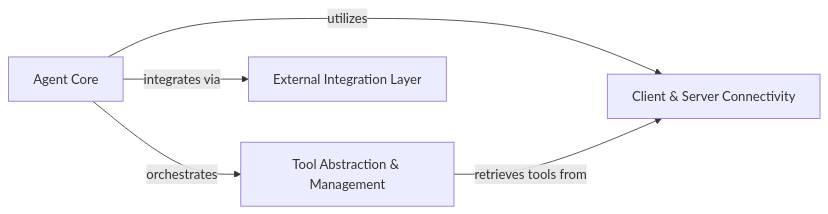
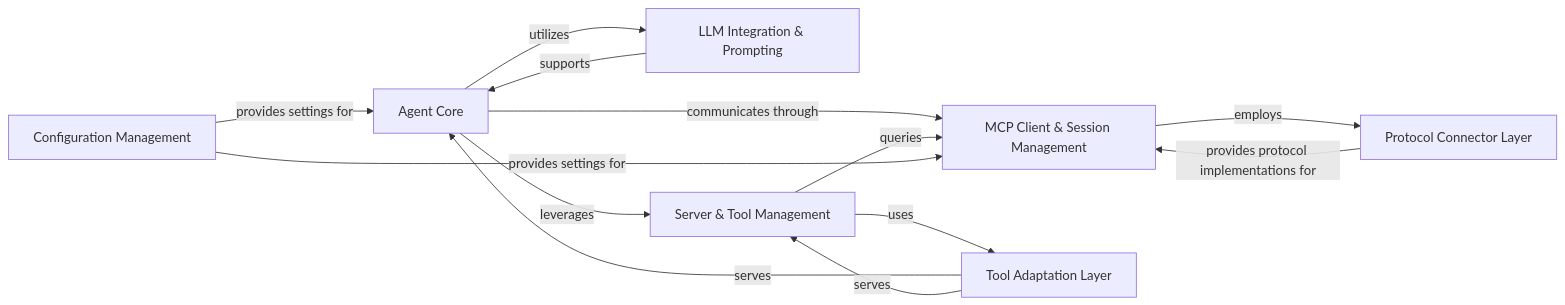
Before and after one commit to mcp-use/mcp-use: the diagram in .codeboarding/on_boarding.mdx, drawn with Mermaid. The commit also changed other lines of this file and 19 other files, not shown here.

First line of the commit message:
docs: update codeboarding documentation and generate architecture

````diff
--- a/.codeboarding/on_boarding.mdx
+++ b/.codeboarding/on_boarding.mdx
@@ -8,14 +8,28 @@
 ```mermaid
 graph LR
     Agent_Core["Agent Core"]
-    Client_Server_Connectivity["Client & Server Connectivity"]
-    Tool_Abstraction_Management["Tool Abstraction & Management"]
-    External_Integration_Layer["External Integration Layer"]
-    Agent_Core -- "utilizes" --> Client_Server_Connectivity
-    Agent_Core -- "orchestrates" --> Tool_Abstraction_Management
-    Agent_Core -- "integrates via" --> External_Integration_Layer
-    Tool_Abstraction_Management -- "retrieves tools from" --> Client_Server_Connectivity
+    LLM_Integration_Prompting["LLM Integration & Prompting"]
+    MCP_Client_Session_Management["MCP Client & Session Management"]
+    Protocol_Connector_Layer["Protocol Connector Layer"]
+    Server_Tool_Management["Server & Tool Management"]
+    Tool_Adaptation_Layer["Tool Adaptation Layer"]
+    Configuration_Management["Configuration Management"]
+    Agent_Core -- "utilizes" --> LLM_Integration_Prompting
+    Agent_Core -- "leverages" --> Server_Tool_Management
+    Agent_Core -- "communicates through" --> MCP_Client_Session_Management
+    LLM_Integration_Prompting -- "supports" --> Agent_Core
+    MCP_Client_Session_Management -- "employs" --> Protocol_Connector_Layer
+    Protocol_Connector_Layer -- "provides protocol implementations for" --> MCP_Client_Session_Management
+    Server_Tool_Management -- "queries" --> MCP_Client_Session_Management
+    Server_Tool_Management -- "uses" --> Tool_Adaptation_Layer
+    Tool_Adaptation_Layer -- "serves" --> Agent_Core
+    Tool_Adaptation_Layer -- "serves" --> Server_Tool_Management
+    Configuration_Management -- "provides settings for" --> MCP_Client_Session_Management
+    Configuration_Management -- "provides settings for" --> Agent_Core
     click Agent_Core href "/codeboarding/Agent_Core.md" "Details"
-    click Client_Server_Connectivity href "/codeboarding/Client_Server_Connectivity.md" "Details"
-    click Tool_Abstraction_Management href "/codeboarding/Tool_Abstraction_Management.md" "Details"
+    click LLM_Integration_Prompting href "/codeboarding/LLM_Integration_Prompting.md" "Details"
+    click MCP_Client_Session_Management href "/codeboarding/MCP_Client_Session_Management.md" "Details"
+    click Protocol_Connector_Layer href "/codeboarding/Protocol_Connector_Layer.md" "Details"
+    click Server_Tool_Management href "/codeboarding/Server_Tool_Management.md" "Details"
+    click Tool_Adaptation_Layer href "/codeboarding/Tool_Adaptation_Layer.md" "Details"
 ```
````
